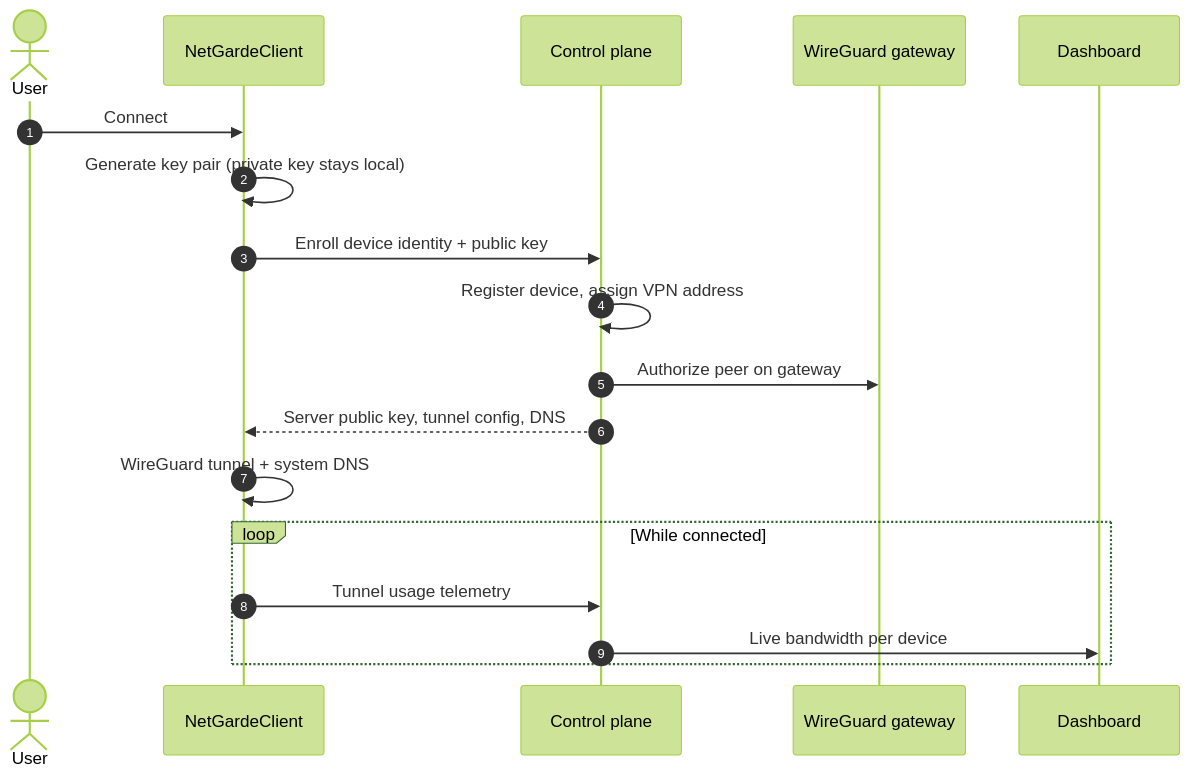
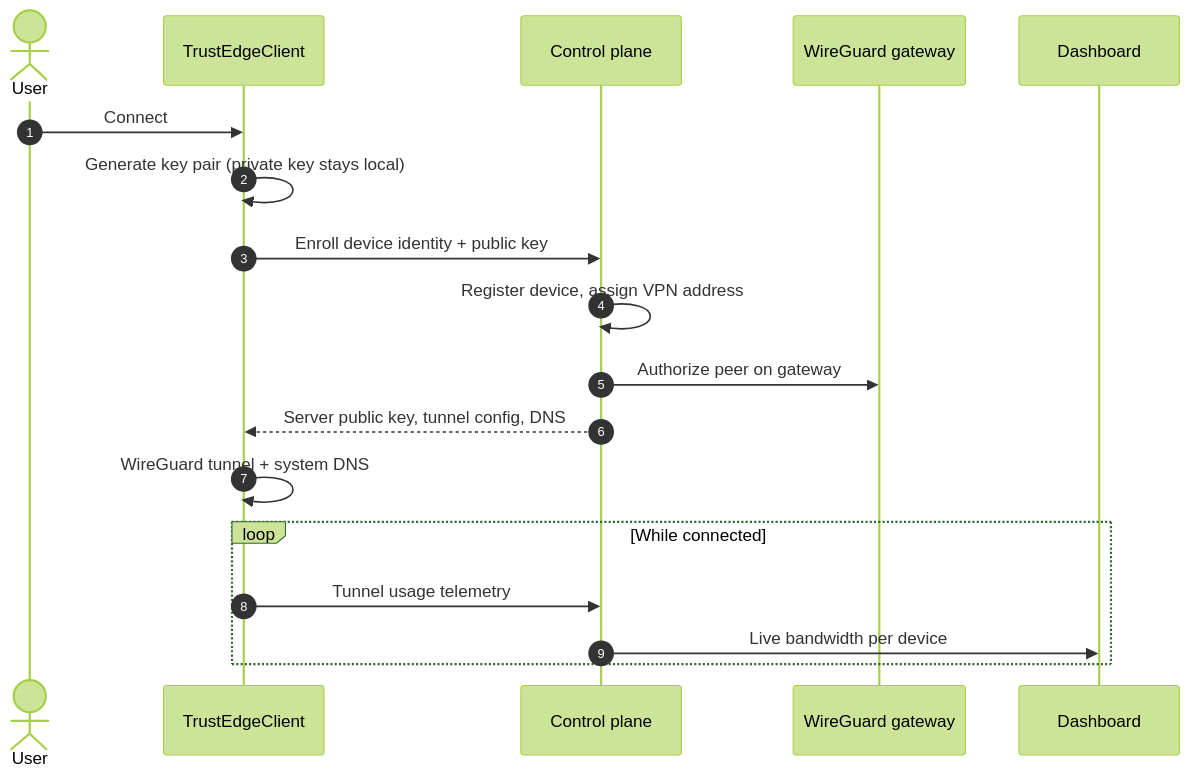
The diagram in README.md (eladmines/NetGardeClient), drawn with Mermaid (forest theme) before and after one commit. The commit also changed other lines of this file and 83 other files, not shown here.

First line of the commit message:
Rebrand NetGardeClient to TrustEdge.

````diff
--- a/README.md
+++ b/README.md
@@ -69,21 +69,21 @@
 ```mermaid
 sequenceDiagram
     autonumber
     actor User
-    participant Client as NetGardeClient
+    participant Client as TrustEdgeClient
     participant API as Control plane
     participant GW as WireGuard gateway
     participant Dash as Dashboard
 
     User->>Client: Connect
     Client->>Client: Generate key pair (private key stays local)
     Client->>API: Enroll device identity + public key
     API->>API: Register device, assign VPN address
     API->>GW: Authorize peer on gateway
     API-->>Client: Server public key, tunnel config, DNS
     Client->>Client: WireGuard tunnel + system DNS
     loop While connected
         Client->>API: Tunnel usage telemetry
         API->>Dash: Live bandwidth per device
     end
 ```
````
